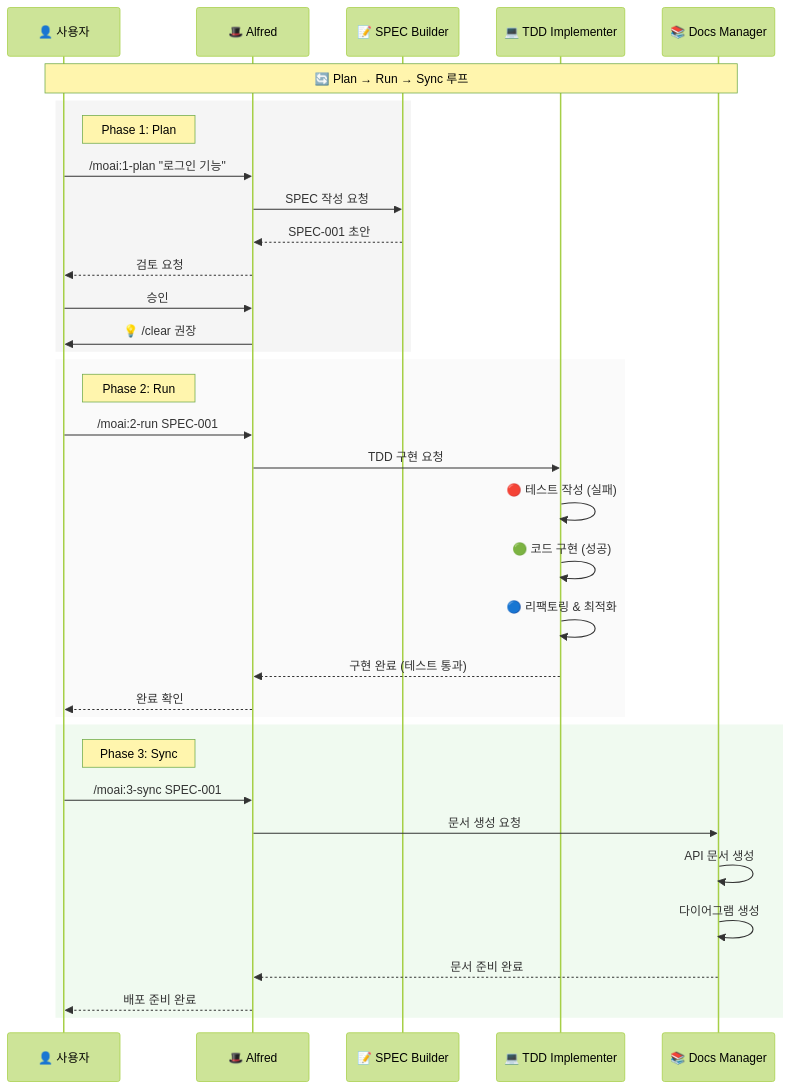
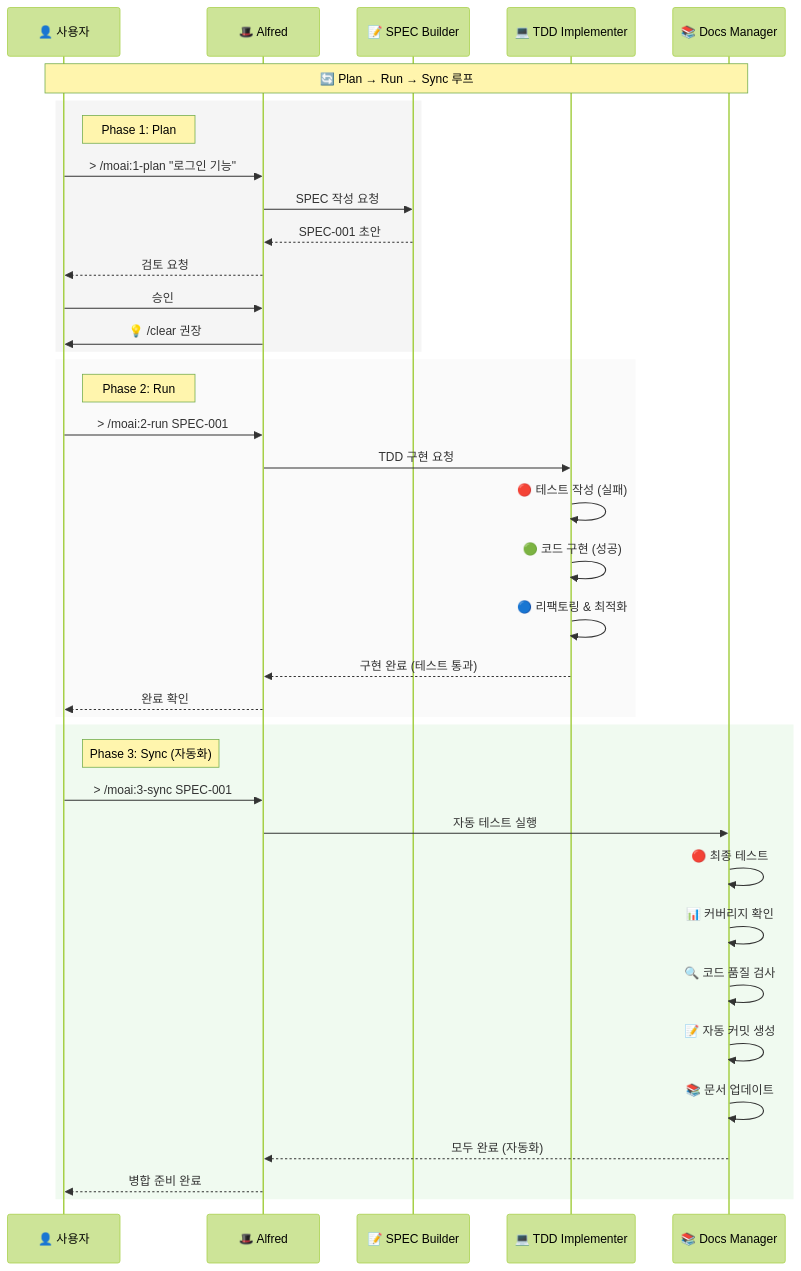
The second of 5 diagrams in README.ko.md (modu-ai/moai-adk), drawn with Mermaid (forest theme) before and after one commit. The commit also changed other lines of this file and 20 other files, not shown here.

````diff
--- a/README.ko.md
+++ b/README.ko.md
@@ -436,41 +439,44 @@
 ```mermaid
 sequenceDiagram
     participant U as 👤 사용자
     participant A as 🎩 Alfred
     participant S as 📝 SPEC Builder
     participant T as 💻 TDD Implementer
     participant D as 📚 Docs Manager
 
     Note over U,D: 🔄 Plan → Run → Sync 루프
 
     rect rgb(245, 245, 245)
         Note right of U: Phase 1: Plan
-        U->>A: /moai:1-plan "로그인 기능"
+        U->>A: > /moai:1-plan "로그인 기능"
         A->>S: SPEC 작성 요청
         S-->>A: SPEC-001 초안
         A-->>U: 검토 요청
         U->>A: 승인
         A->>U: 💡 /clear 권장
     end
 
     rect rgb(250, 250, 250)
         Note right of U: Phase 2: Run
-        U->>A: /moai:2-run SPEC-001
+        U->>A: > /moai:2-run SPEC-001
         A->>T: TDD 구현 요청
         T->>T: 🔴 테스트 작성 (실패)
         T->>T: 🟢 코드 구현 (성공)
         T->>T: 🔵 리팩토링 & 최적화
         T-->>A: 구현 완료 (테스트 통과)
         A-->>U: 완료 확인
     end
 
     rect rgb(240, 250, 240)
-        Note right of U: Phase 3: Sync
-        U->>A: /moai:3-sync SPEC-001
-        A->>D: 문서 생성 요청
-        D->>D: API 문서 생성
-        D->>D: 다이어그램 생성
-        D-->>A: 문서 준비 완료
-        A-->>U: 배포 준비 완료
+        Note right of U: Phase 3: Sync (자동화)
+        U->>A: > /moai:3-sync SPEC-001
+        A->>D: 자동 테스트 실행
+        D->>D: 🔴 최종 테스트
+        D->>D: 📊 커버리지 확인
+        D->>D: 🔍 코드 품질 검사
+        D->>D: 📝 자동 커밋 생성
+        D->>D: 📚 문서 업데이트
+        D-->>A: 모두 완료 (자동화)
+        A-->>U: 병합 준비 완료
     end
 ```
````
